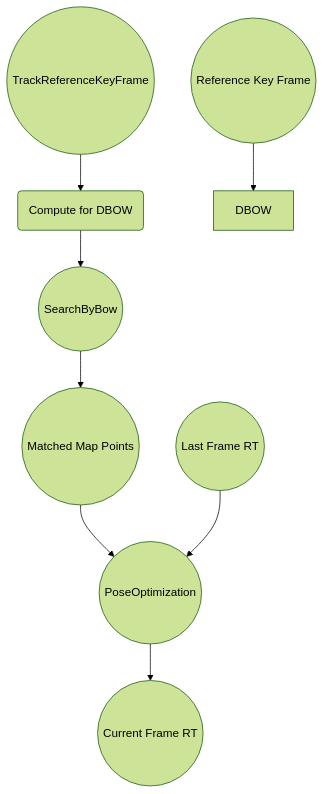
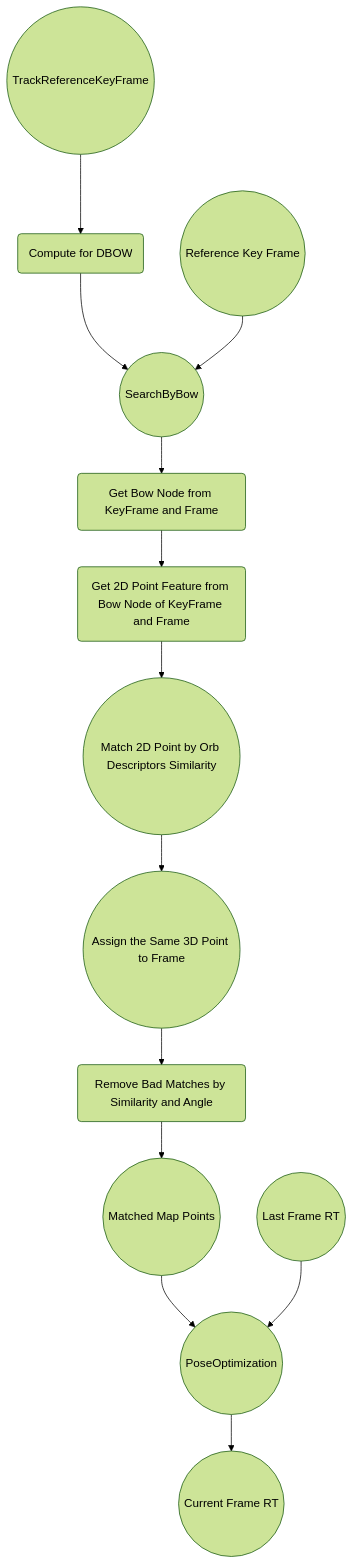
Before and after one commit to huang-yuefeng/3DComputerVision: the sixth of 10 diagrams in Track.md, drawn with Mermaid (forest theme).

````diff
--- a/Track.md
+++ b/Track.md
@@ -153,10 +153,16 @@
 ```mermaid
       graph TD
 			TrackReferenceKeyFrame((TrackReferenceKeyFrame)) --> ComputeBow(Compute for DBOW)
-			ComputeBow --> SearchByBow
-			SearchByBow((SearchByBow)) --> MatchedMapPoints((Matched Map Points))
-			RefKeyFrame((Reference Key Frame)) --> DBOW
-			MatchedMapPoints --> PoseOptimization((PoseOptimization))
+			ComputeBow --> SearchByBow			
+			RefKeyFrame((Reference Key Frame)) --> SearchByBow
+			MatchedMapPoints((Matched Map Points)) --> PoseOptimization((PoseOptimization))
 			LastRT((Last Frame RT)) --> PoseOptimization
 			PoseOptimization --> CurrentRT((Current Frame RT))
+			
+			SearchByBow((SearchByBow)) --> GetBowNode(Get Bow Node from KeyFrame and Frame)
+			GetBowNode --> Get2DPointFeature(Get 2D Point Feature from Bow Node of KeyFrame and Frame)
+			Get2DPointFeature --> Match2DPoint((Match 2D Point by Orb Descriptors Similarity))
+			Match2DPoint --> Assign3DPoint((Assign the Same 3D Point to Frame))
+			Assign3DPoint --> RemoveBadPoints(Remove Bad Matches by Similarity and Angle)	
+			RemoveBadPoints --> MatchedMapPoints
 ```
````
